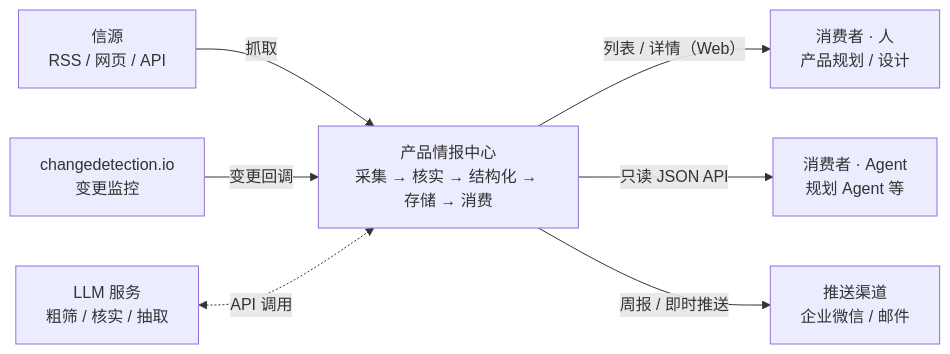
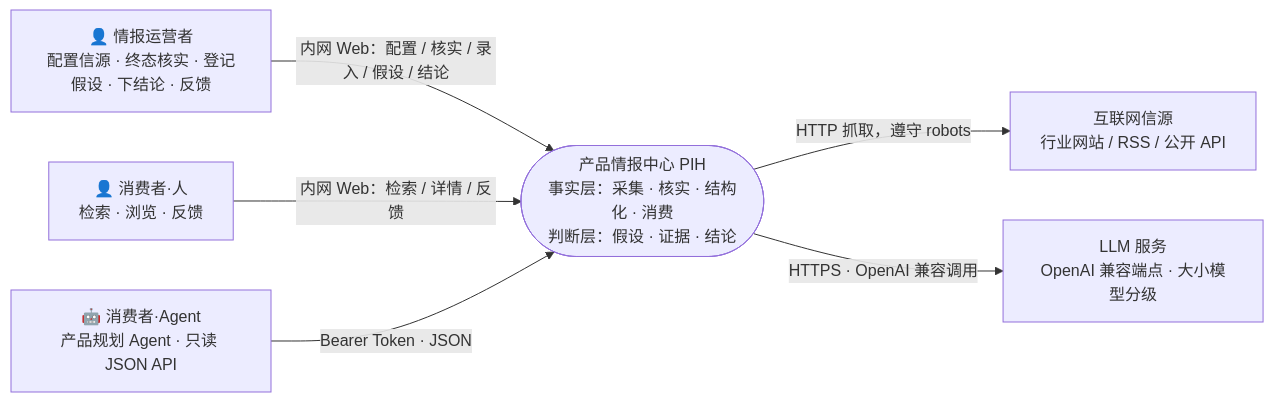
Before and after one commit to leoricmaster/pih: the first of 10 diagrams in backlog/docs/doc-002 - 架构设计-Architecture.md, drawn with Mermaid. The commit also changed other lines of this file and 5 other files, not shown here.

````diff
--- a/backlog/docs/doc-002 - 架构设计-Architecture.md
+++ b/backlog/docs/doc-002 - 架构设计-Architecture.md
@@ -41,10 +42,14 @@
 ```mermaid
 flowchart LR
-    SRC["信源<br/>RSS / 网页 / API"] -->|"抓取"| HUB
-    CDC["changedetection.io<br/>变更监控"] -->|"变更回调"| HUB
-    HUB["产品情报中心<br/>采集 → 核实 → 结构化 → 存储 → 消费"]
-    LLM["LLM 服务<br/>粗筛 / 核实 / 抽取"] <-.->|"API 调用"| HUB
-    HUB -->|"列表 / 详情（Web）"| HU["消费者 · 人<br/>产品规划 / 设计"]
-    HUB -->|"只读 JSON API"| AG["消费者 · Agent<br/>规划 Agent 等"]
-    HUB -->|"周报 / 即时推送"| PUSH["推送渠道<br/>企业微信 / 邮件"]
+    HUB(["产品情报中心 PIH<br/>事实层：采集 · 核实 · 结构化 · 消费<br/>判断层：假设 · 证据 · 结论"])
+    OP["👤 情报运营者<br/>配置信源 · 终态核实 · 登记假设 · 下结论 · 反馈"]
+    CO["👤 消费者·人<br/>检索 · 浏览 · 反馈"]
+    AG["🤖 消费者·Agent<br/>产品规划 Agent · 只读 JSON API"]
+    SRC["互联网信源<br/>行业网站 / RSS / 公开 API"]
+    LLM["LLM 服务<br/>OpenAI 兼容端点 · 大小模型分级"]
+    OP -->|"内网 Web：配置 / 核实 / 录入 / 假设 / 结论"| HUB
+    CO -->|"内网 Web：检索 / 详情 / 反馈"| HUB
+    AG -->|"Bearer Token · JSON"| HUB
+    HUB -->|"HTTP 抓取，遵守 robots"| SRC
+    HUB -->|"HTTPS · OpenAI 兼容调用"| LLM
 ```
````
